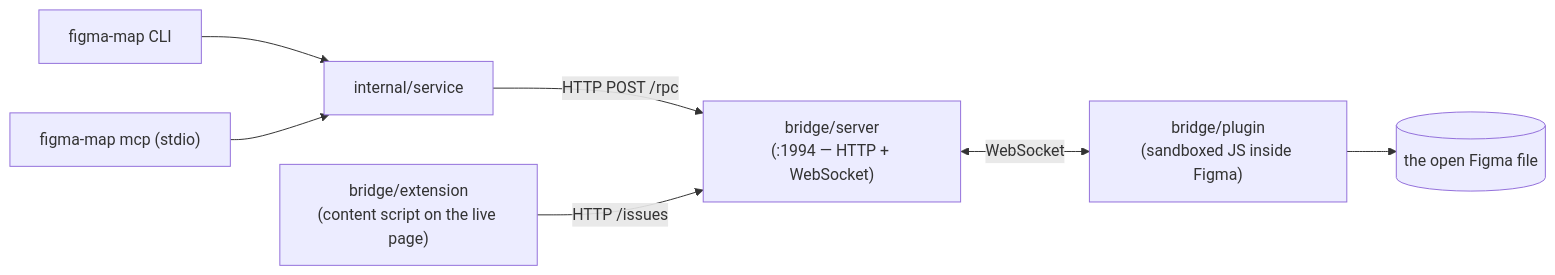
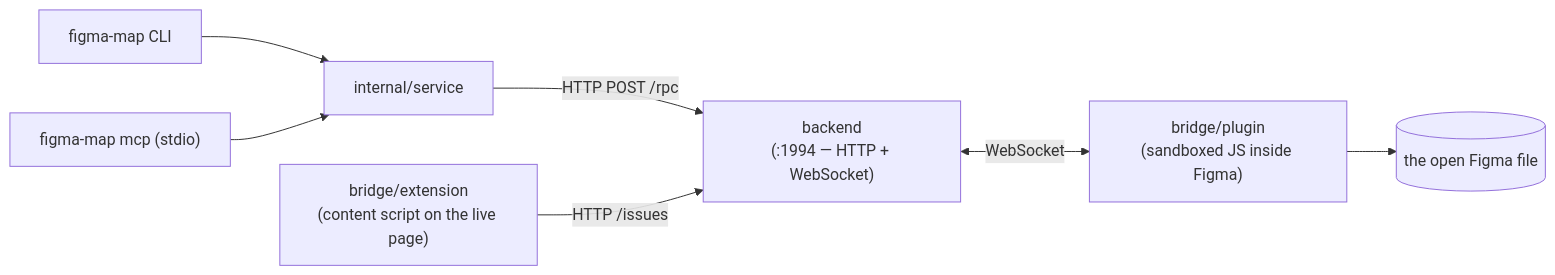
One commit to KirillBaranov/figma-map changed the first of 3 diagrams in README.md. Above: the diagram before and after it, drawn with Mermaid. The commit also changed other lines of this file and 6 other files, not shown here.

````diff
--- a/README.md
+++ b/README.md
@@ -291,9 +298,9 @@
 ```mermaid
 flowchart LR
     CLI["figma-map CLI"] --> SVC
     MCP["figma-map mcp (stdio)"] --> SVC
-    SVC["internal/service"] -->|HTTP POST /rpc| Bridge
-    Bridge["bridge/server\n(:1994 — HTTP + WebSocket)"] <-->|WebSocket| Plugin
+    SVC["internal/service"] -->|HTTP POST /rpc| Backend
+    Backend["backend\n(:1994 — HTTP + WebSocket)"] <-->|WebSocket| Plugin
     Plugin["bridge/plugin\n(sandboxed JS inside Figma)"] --> Doc[("the open Figma file")]
-    Ext["bridge/extension\n(content script on the live page)"] -->|HTTP /issues| Bridge
+    Ext["bridge/extension\n(content script on the live page)"] -->|HTTP /issues| Backend
 ```
````
